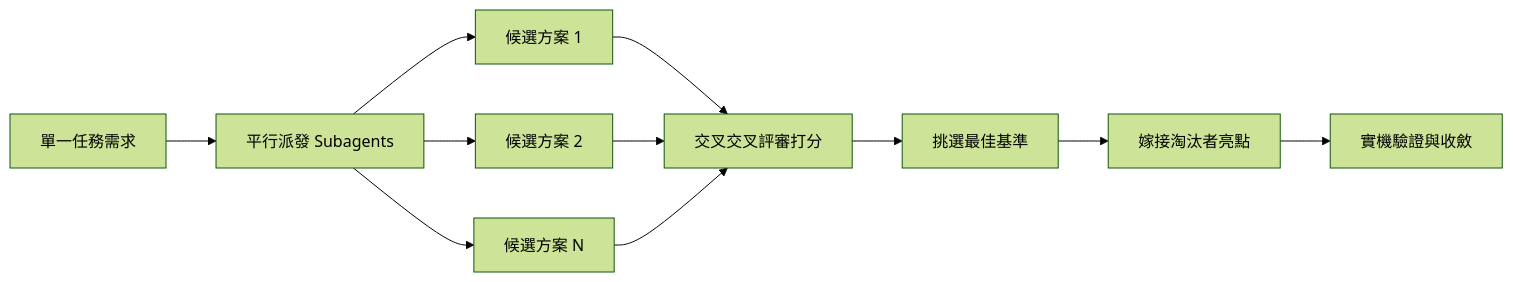
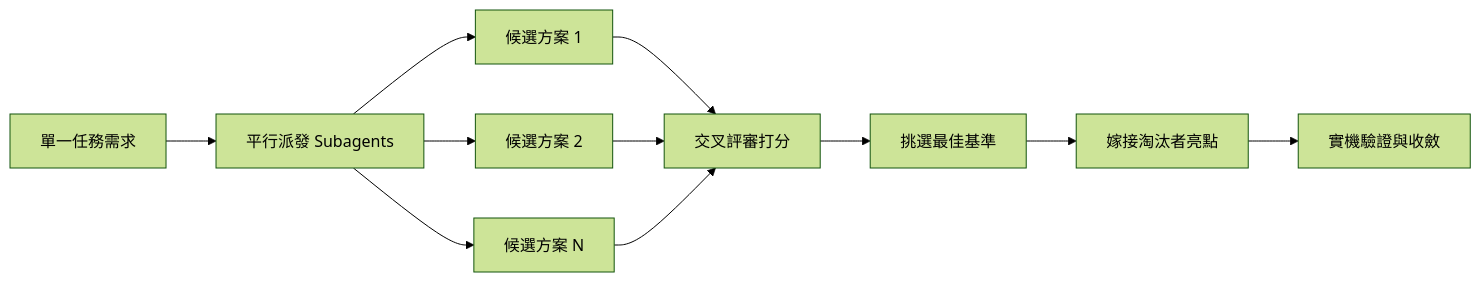
The diagram in docs/guide/04-design.md (stormchen/antigravity-pstack), drawn with Mermaid (forest theme) before and after one commit. The commit also changed 2 other files, not shown here.

Commit message:
fix: quote mermaid node labels to resolve GitHub rendering error

````diff
--- a/docs/guide/04-design.md
+++ b/docs/guide/04-design.md
@@ -33,13 +33,13 @@
 ```mermaid
 flowchart LR
-    A[單一任務需求] --> B[平行派發 Subagents]
-    B --> C[候選方案 1]
-    B --> D[候選方案 2]
-    B --> E[候選方案 N]
-    C --> F[交叉交叉評審打分]
+    A["單一任務需求"] --> B["平行派發 Subagents"]
+    B --> C["候選方案 1"]
+    B --> D["候選方案 2"]
+    B --> E["候選方案 N"]
+    C --> F["交叉評審打分"]
     D --> F
     E --> F
-    F --> G[挑選最佳基準]
-    G --> H[嫁接淘汰者亮點]
-    H --> I[實機驗證與收斂]
+    F --> G["挑選最佳基準"]
+    G --> H["嫁接淘汰者亮點"]
+    H --> I["實機驗證與收斂"]
 ```
````
